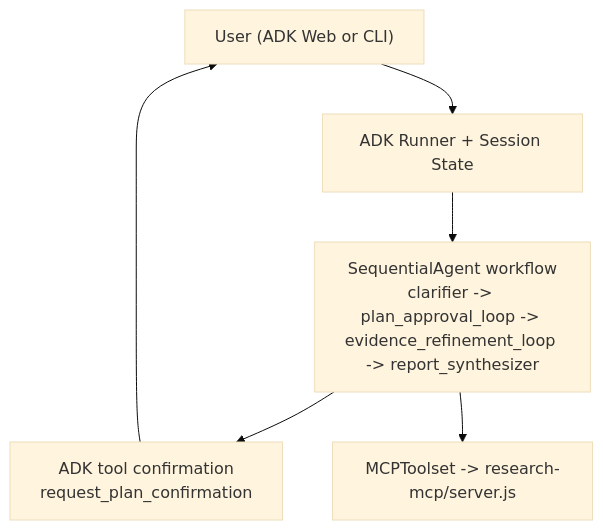
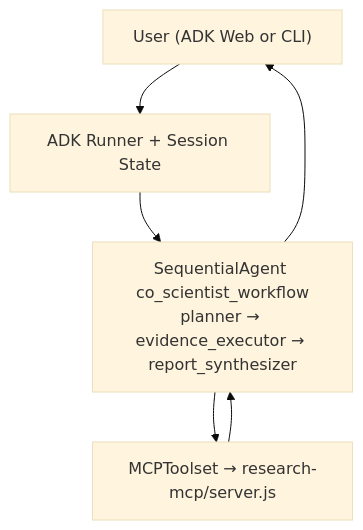
One commit to povilaskarvelis/ai-co-scientist changed the first of 2 diagrams in README.md. Above: the diagram before and after it, drawn with Mermaid (base theme). The commit also changed other lines of this file, not shown here.

First line of the commit message:
docs: update README with current workflow flowchart and user commands

````diff
--- a/README.md
+++ b/README.md
@@ -20,8 +20,8 @@
 ```mermaid
 flowchart TB
     U["User (ADK Web or CLI)"] --> R["ADK Runner + Session State"]
-    R --> W["SequentialAgent workflow<br/>clarifier -> plan_approval_loop -> evidence_refinement_loop -> report_synthesizer"]
-    W --> C["ADK tool confirmation<br/>request_plan_confirmation"]
-    C --> U
-    W --> M["MCPToolset -> research-mcp/server.js"]
+    R --> W["SequentialAgent co_scientist_workflow<br/>planner → evidence_executor → report_synthesizer"]
+    W --> M["MCPToolset → research-mcp/server.js"]
+    M --> W
+    W --> U
 ```
````
